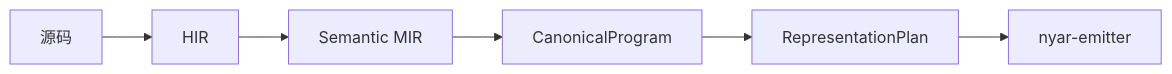
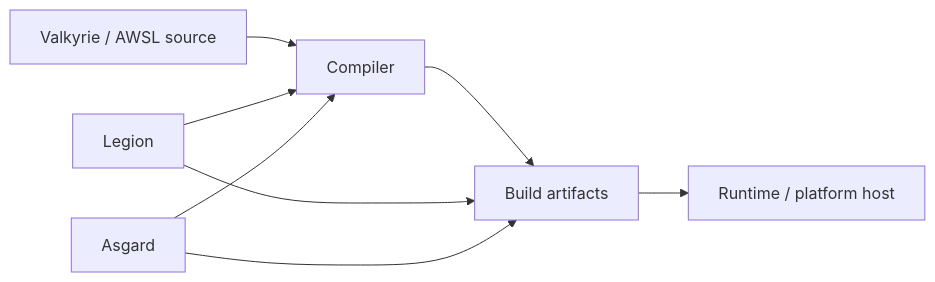
One commit to nyar-vm/nyar-vm changed the diagram in projects/nyar.rs/languages/rusty-valkyrie/readme.md. Above: the diagram before and after it, drawn with Mermaid. The commit also changed other lines of this file and 33 other files, not shown here.

````diff
--- a/projects/nyar.rs/languages/rusty-valkyrie/readme.md
+++ b/projects/nyar.rs/languages/rusty-valkyrie/readme.md
@@ -15,8 +12,17 @@
 ```mermaid
 flowchart LR
-  src[源码] --> hir[HIR]
-  hir --> mir[Semantic MIR]
-  mir --> canon[CanonicalProgram]
-  canon --> plan[RepresentationPlan]
-  plan --> emit[nyar-emitter]
+  source[Valkyrie / AWSL source]
+  compiler[Compiler]
+  legion[Legion]
+  asgard[Asgard]
+  artifact[Build artifacts]
+  host[Runtime / platform host]
+
+  source --> compiler
+  legion --> compiler
+  asgard --> compiler
+  compiler --> artifact
+  legion --> artifact
+  asgard --> artifact
+  artifact --> host
 ```
````
